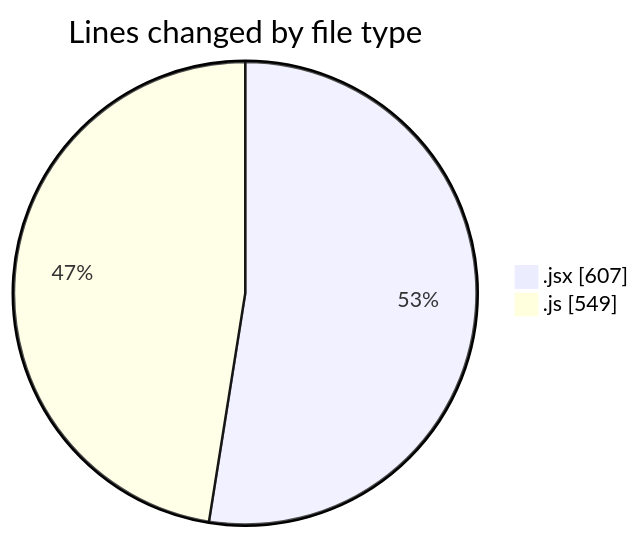
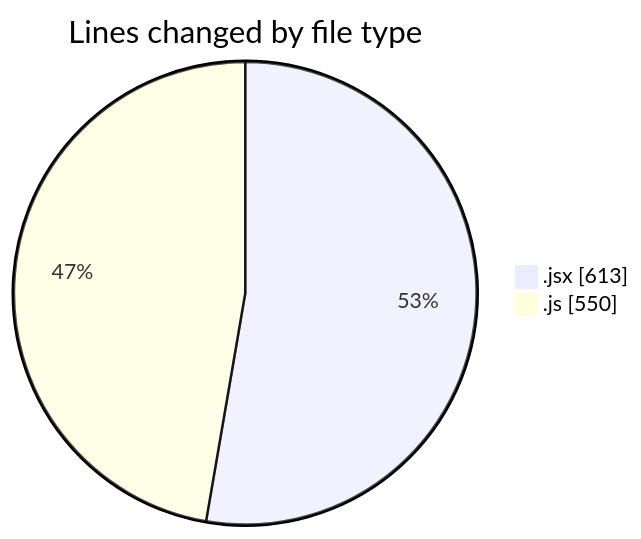
The first of 2 diagrams in 2025-11-14/argos/README.md (nxtqubesakshisongat/code-tracking), drawn with Mermaid before and after one commit. The commit also changed other lines of this file and 1 other file, not shown here.

````diff
--- a/2025-11-14/argos/README.md
+++ b/2025-11-14/argos/README.md
@@ -24,6 +24,6 @@
 ```mermaid
 pie showData
 title Lines changed by file type
-".jsx" : 607
-".js" : 549
+".jsx" : 613
+".js" : 550
 ```
````
